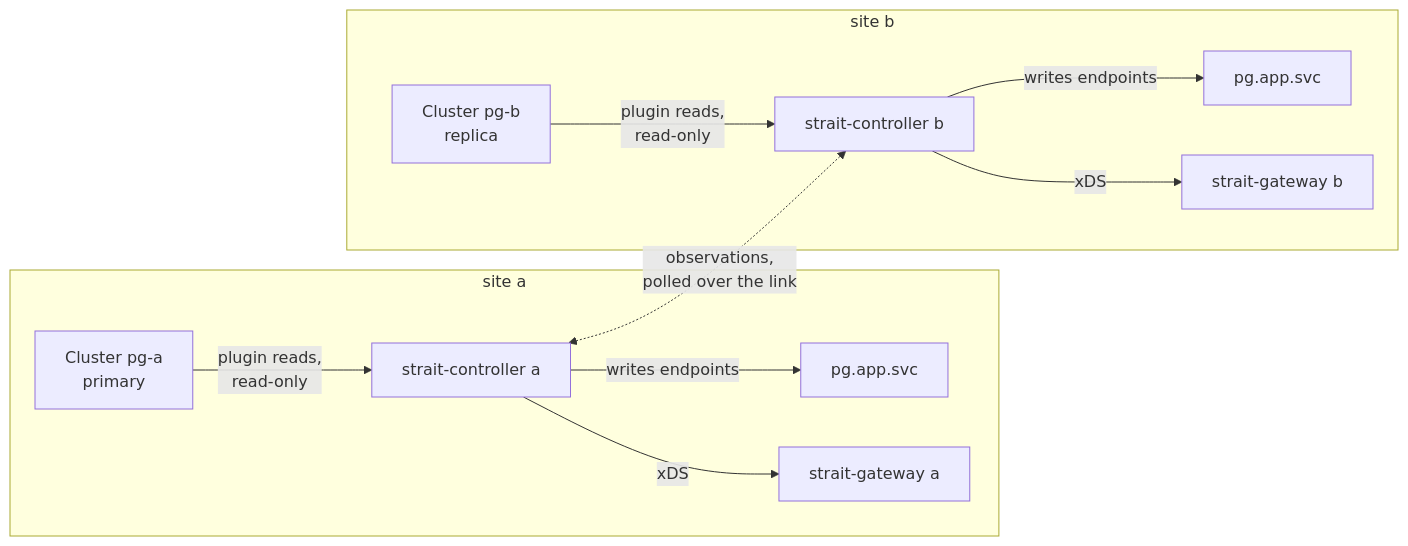
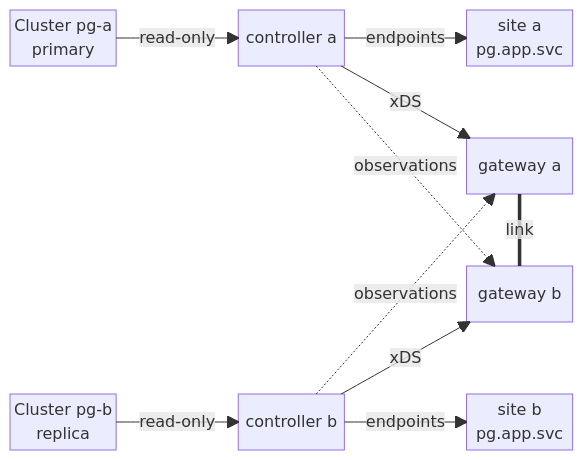
Before and after one commit to takodotid/strait: the second of 2 diagrams in docs/guide/introduction.md, drawn with Mermaid. The commit also changed other lines of this file and 52 other files, not shown here.

````diff
--- a/docs/guide/introduction.md
+++ b/docs/guide/introduction.md
@@ -32,14 +35,21 @@
 ```mermaid
-flowchart LR
-  subgraph sa["site a"]
-    clA["Cluster pg-a<br/>primary"] -->|"plugin reads,<br/>read-only"| ctrlA["strait-controller a"]
-    ctrlA -->|"writes endpoints"| nameA["pg.app.svc"]
-    ctrlA -->|"xDS"| gwA["strait-gateway a"]
-  end
-  subgraph sb["site b"]
-    clB["Cluster pg-b<br/>replica"] -->|"plugin reads,<br/>read-only"| ctrlB["strait-controller b"]
-    ctrlB -->|"writes endpoints"| nameB["pg.app.svc"]
-    ctrlB -->|"xDS"| gwB["strait-gateway b"]
-  end
-  ctrlA <-.->|"observations,<br/>polled over the link"| ctrlB
+block-beta
+  %% accTitle: How each site's controller sets the route and watches the other site
+  columns 5
+  clA["Cluster pg-a<br/>primary"] space ctrlA["controller a"] space nameA["site a<br/>pg.app.svc"]
+  space space space space space
+  space space space space gwA["gateway a"]
+  space space space space space
+  space space space space gwB["gateway b"]
+  space space space space space
+  clB["Cluster pg-b<br/>replica"] space ctrlB["controller b"] space nameB["site b<br/>pg.app.svc"]
+  clA -- "read-only" --> ctrlA
+  ctrlA -- "endpoints" --> nameA
+  ctrlA -- "xDS" --> gwA
+  gwA == "link" === gwB
+  ctrlA -. "observations" .-> gwB
+  clB -- "read-only" --> ctrlB
+  ctrlB -- "endpoints" --> nameB
+  ctrlB -- "xDS" --> gwB
+  ctrlB -. "observations" .-> gwA
 ```
````
